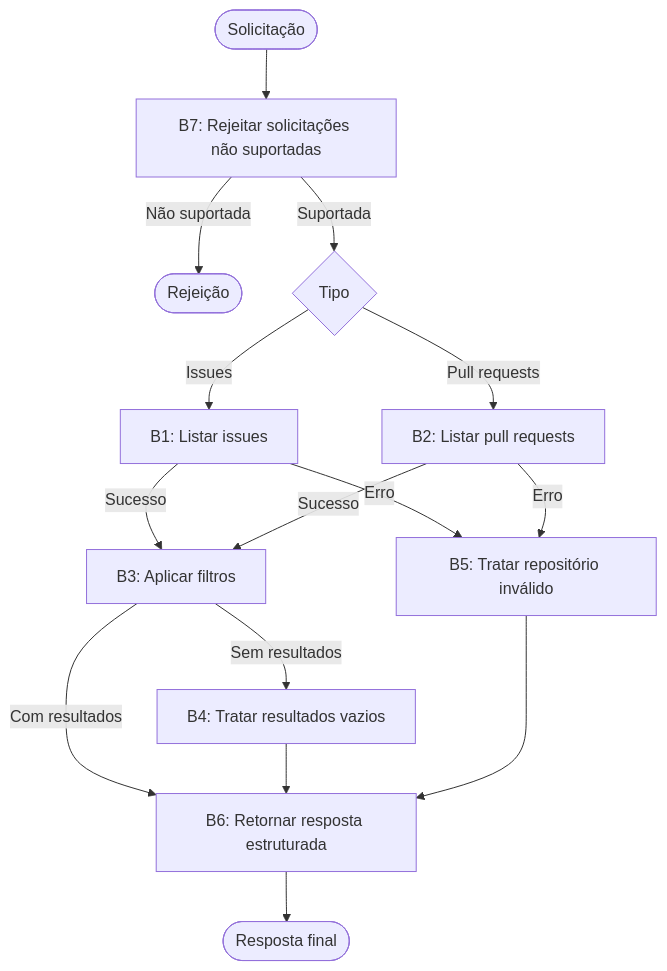
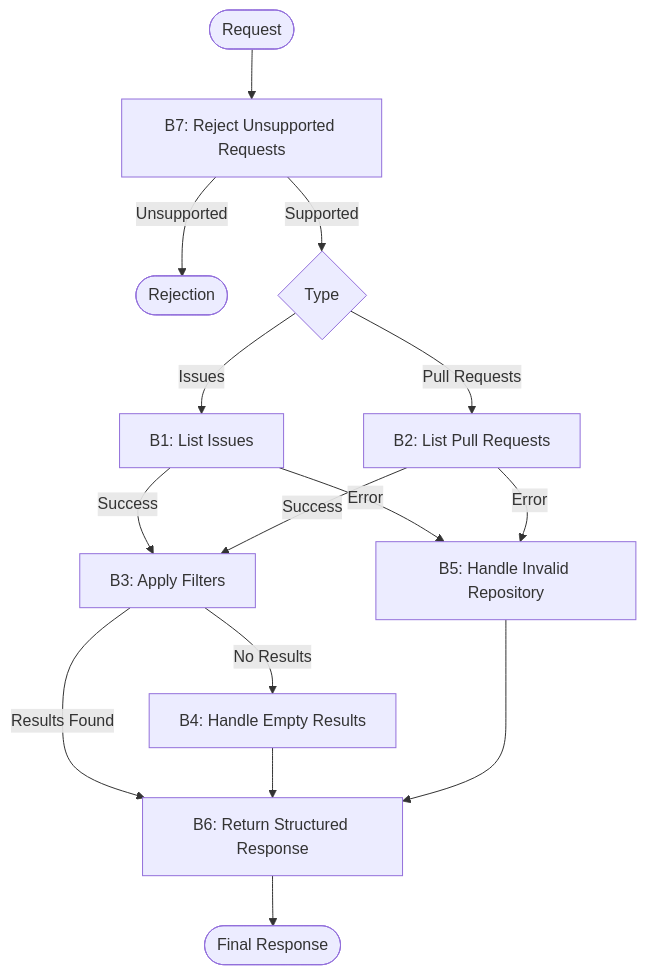
The diagram in specs/011_list_prs_or_issues/spec.md (Agents4Good/Spec2AgentEval-v_saner), drawn with Mermaid before and after one commit. The commit also changed other lines of this file and 1 other file, not shown here.

Commit message:
adiciona revisão

````diff
--- a/specs/011_list_prs_or_issues/spec.md
+++ b/specs/011_list_prs_or_issues/spec.md
@@ -59,25 +59,25 @@
 ```mermaid
 flowchart TD
-    B1["B1: Listar issues"] 
-    B2["B2: Listar pull requests"]
-    B3["B3: Aplicar filtros"]
-    B4["B4: Tratar resultados vazios"]
-    B5["B5: Tratar repositório inválido"]
-    B6["B6: Retornar resposta estruturada"]
-    B7["B7: Rejeitar solicitações não suportadas"]
+    B1["B1: List Issues"]
+    B2["B2: List Pull Requests"]
+    B3["B3: Apply Filters"]
+    B4["B4: Handle Empty Results"]
+    B5["B5: Handle Invalid Repository"]
+    B6["B6: Return Structured Response"]
+    B7["B7: Reject Unsupported Requests"]
 
-    A([Solicitação]) --> B7
-    B7 -->|Não suportada| F([Rejeição])
-    B7 -->|Suportada| D{Tipo}
+    A([Request]) --> B7
+    B7 -->|Unsupported| F([Rejection])
+    B7 -->|Supported| D{Type}
     D -->|Issues| B1
-    D -->|Pull requests| B2
-    B1 -->|Sucesso| B3
-    B2 -->|Sucesso| B3
-    B1 -->|Erro| B5
-    B2 -->|Erro| B5
-    B3 -->|Com resultados| B6
-    B3 -->|Sem resultados| B4
+    D -->|Pull Requests| B2
+    B1 -->|Success| B3
+    B2 -->|Success| B3
+    B1 -->|Error| B5
+    B2 -->|Error| B5
+    B3 -->|Results Found| B6
+    B3 -->|No Results| B4
     B4 --> B6
     B5 --> B6
-    B6 --> E([Resposta final])
+    B6 --> E([Final Response])
 ```
````
